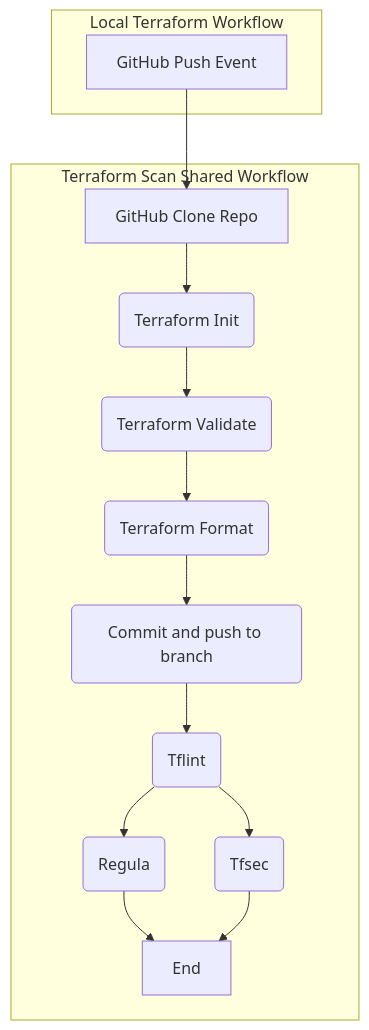
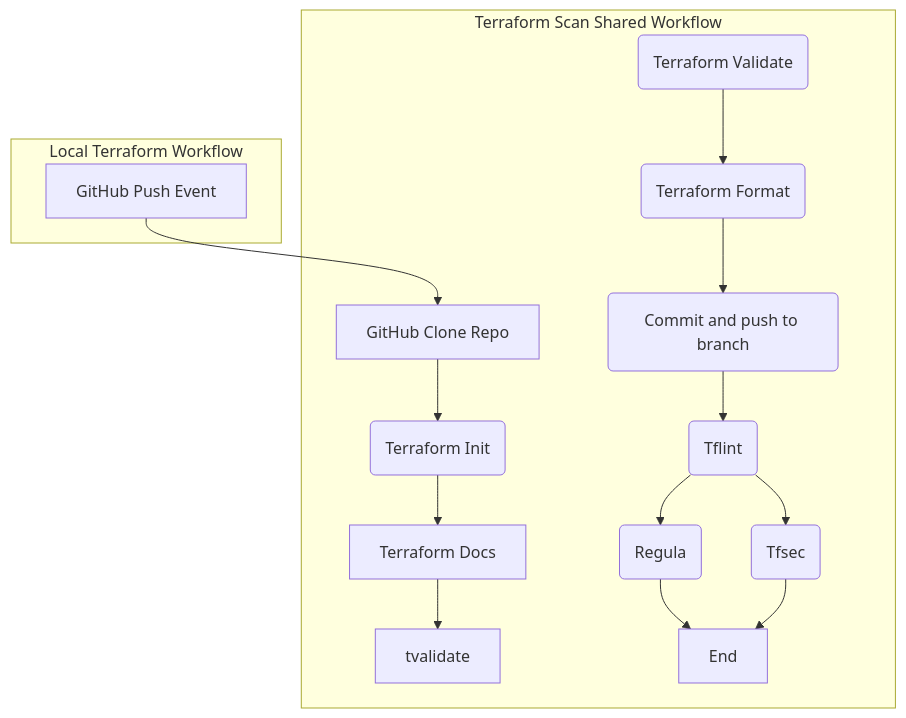
One commit to defenseunicorns/uds-common-workflows changed the diagram in documents/terraform/lint-and-scan.md. Above: the diagram before and after it, drawn with Mermaid.

Commit message:
Update diagram of the workflow

````diff
--- a/documents/terraform/lint-and-scan.md
+++ b/documents/terraform/lint-and-scan.md
@@ -68,21 +68,22 @@
 ```mermaid
 flowchart TB
   subgraph "Local Terraform Workflow"
     push[GitHub Push Event]
   end
 
 
   subgraph "Terraform Scan Shared Workflow"
     push --> clone[GitHub Clone Repo]
     clone --> tfinit(Terraform Init)
-    tfinit --> validate
+    tfinit --> tfdoc[Terraform Docs]
+    tfdoc --> tvalidate
     validate(Terraform Validate) --> fmt(Terraform Format)
     fmt --> inlinecommit(Commit and push to branch)
     inlinecommit --> tflint
     tflint(Tflint) --> tfsec(Tfsec)
     tflint --> regula(Regula)
     regula --> End
     tfsec --> End
   end
 
 ```
````
